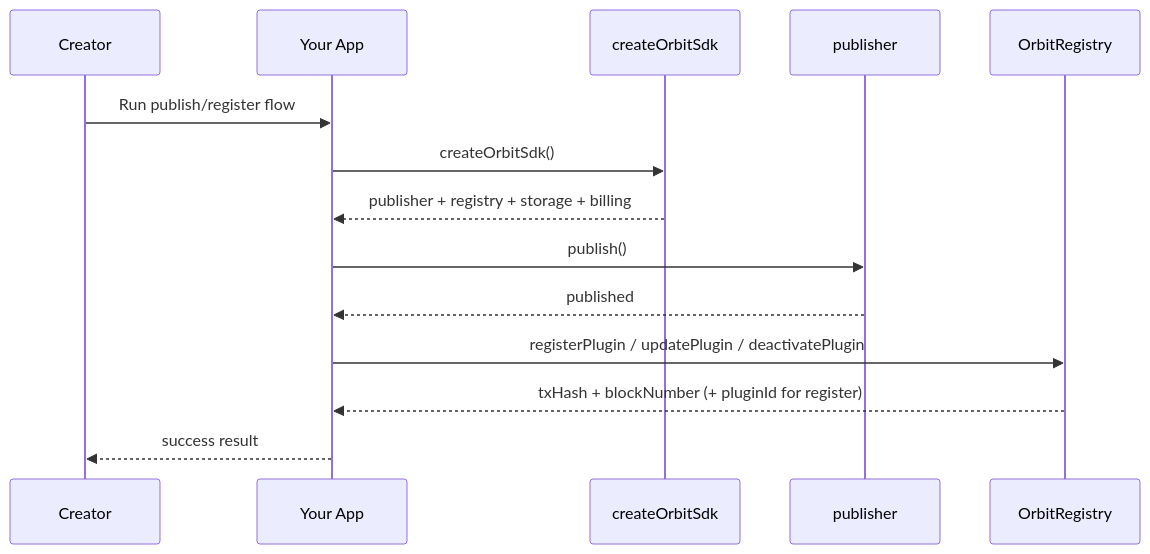
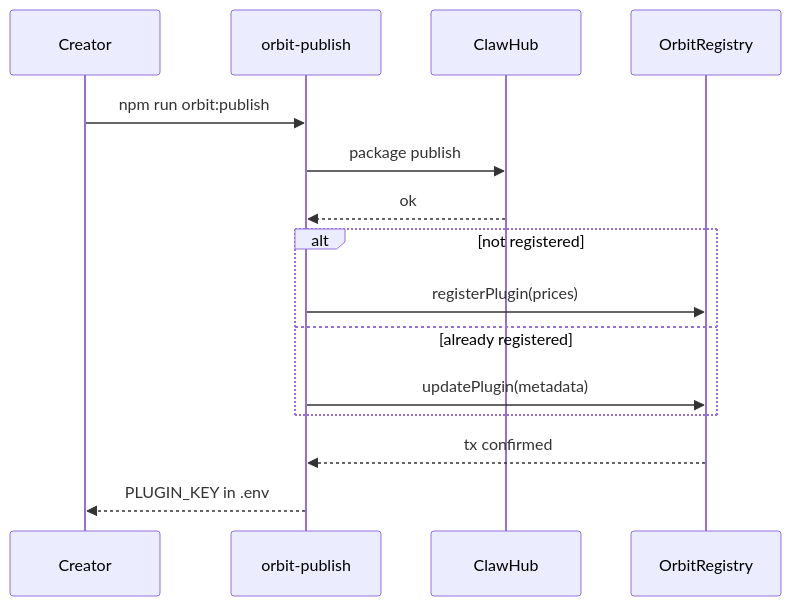
Before and after one commit to hunters-code/orbit-sdk: the first of 2 diagrams in README.md, drawn with Mermaid. The commit also changed other lines of this file and 1 other file, not shown here.

````diff
--- a/README.md
+++ b/README.md
@@ -41,17 +323,18 @@
 ```mermaid
 sequenceDiagram
   participant Creator
-  participant App as Your App
-  participant SDK as createOrbitSdk
-  participant Publisher as publisher
+  participant CLI as orbit-publish
+  participant ClawHub
   participant Registry as OrbitRegistry
 
-  Creator->>App: Run publish/register flow
-  App->>SDK: createOrbitSdk()
-  SDK-->>App: publisher + registry + storage + billing
-  App->>Publisher: publish()
-  Publisher-->>App: published
-  App->>Registry: registerPlugin / updatePlugin / deactivatePlugin
-  Registry-->>App: txHash + blockNumber (+ pluginId for register)
-  App-->>Creator: success result
+  Creator->>CLI: npm run orbit:publish
+  CLI->>ClawHub: package publish
+  ClawHub-->>CLI: ok
+  alt not registered
+    CLI->>Registry: registerPlugin(prices)
+  else already registered
+    CLI->>Registry: updatePlugin(metadata)
+  end
+  Registry-->>CLI: tx confirmed
+  CLI-->>Creator: PLUGIN_KEY in .env
 ```
````
